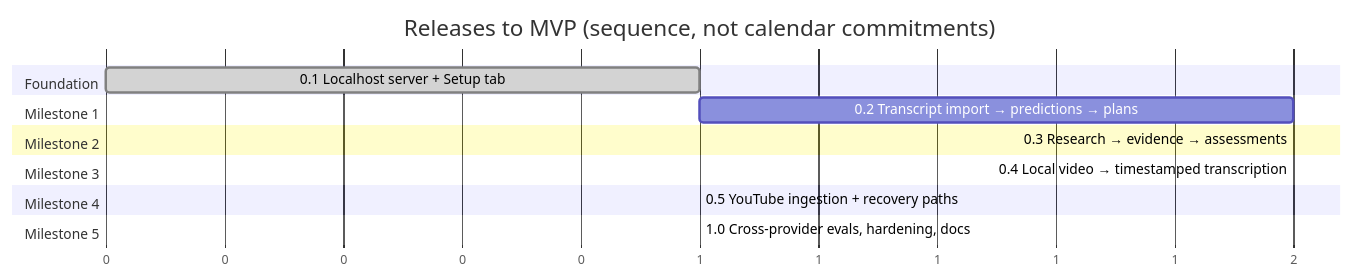
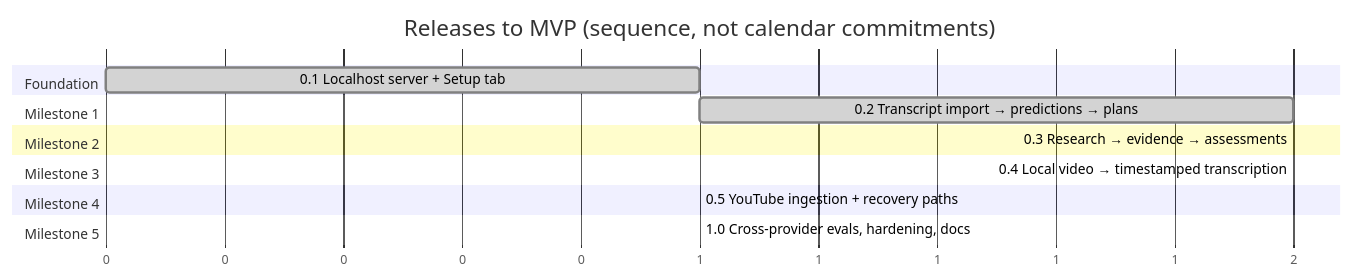
The diagram in docs/BUILD_PLAN.md (bitsbetrippin/predictionledger), drawn with Mermaid before and after one commit. The commit also changed other lines of this file and 49 other files, not shown here.

````diff
--- a/docs/BUILD_PLAN.md
+++ b/docs/BUILD_PLAN.md
@@ -16,18 +16,18 @@
 ```mermaid
 gantt
   title Releases to MVP (sequence, not calendar commitments)
   dateFormat X
   axisFormat %s
   section Foundation
   0.1 Localhost server + Setup tab            :done, r01, 0, 1
   section Milestone 1
-  0.2 Transcript import → predictions → plans :r02, after r01, 2
+  0.2 Transcript import → predictions → plans :done, r02, after r01, 2
   section Milestone 2
   0.3 Research → evidence → assessments       :r03, after r02, 2
   section Milestone 3
   0.4 Local video → timestamped transcription :r04, after r03, 2
   section Milestone 4
   0.5 YouTube ingestion + recovery paths      :r05, after r04, 1
   section Milestone 5
   1.0 Cross-provider evals, hardening, docs   :r10, after r05, 1
 ```
````
